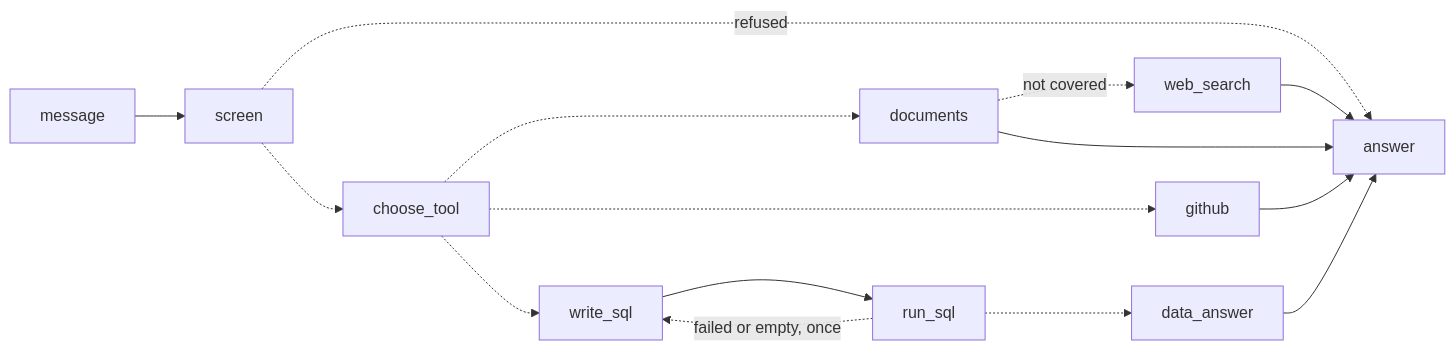
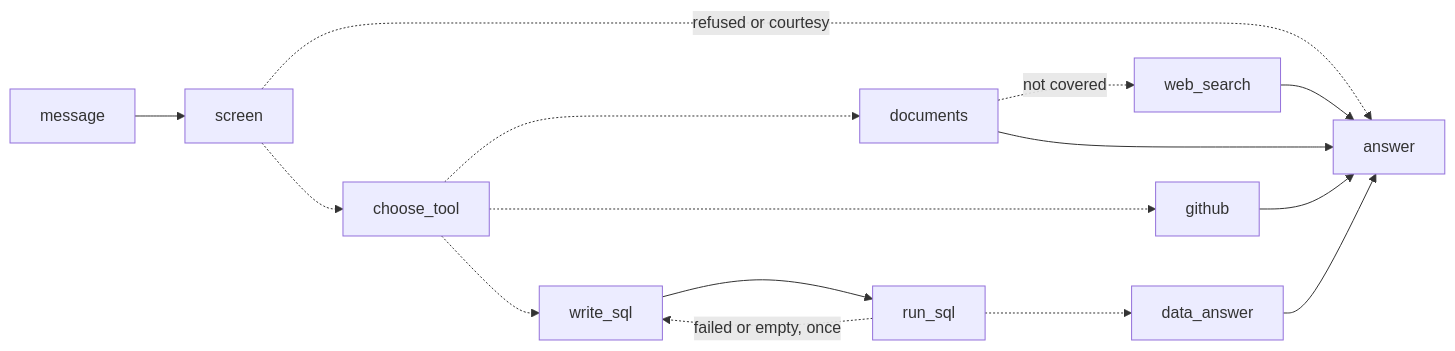
Before and after one commit to jcsmei/Claude_Demo: the second of 4 diagrams in ARCHITECTURE.md, drawn with Mermaid. The commit also changed other lines of this file and 7 other files, not shown here.

````diff
--- a/ARCHITECTURE.md
+++ b/ARCHITECTURE.md
@@ -112,17 +112,17 @@
 ```mermaid
 flowchart LR
     message --> screen
-    screen -.->|refused| answer
+    screen -.->|refused or courtesy| answer
     screen -.-> choose_tool
     choose_tool -.-> documents
     documents -.->|not covered| web_search
     web_search --> answer
     choose_tool -.-> github
     choose_tool -.-> write_sql
     write_sql --> run_sql
     run_sql -.->|failed or empty, once| write_sql
     run_sql -.-> data_answer
     documents --> answer
     github --> answer
     data_answer --> answer
 ```
````
